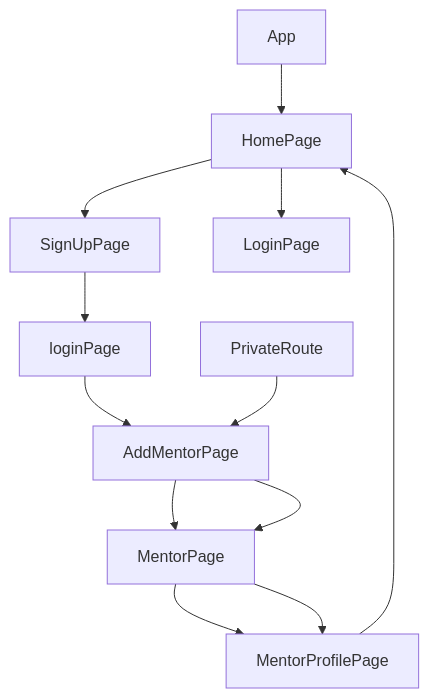
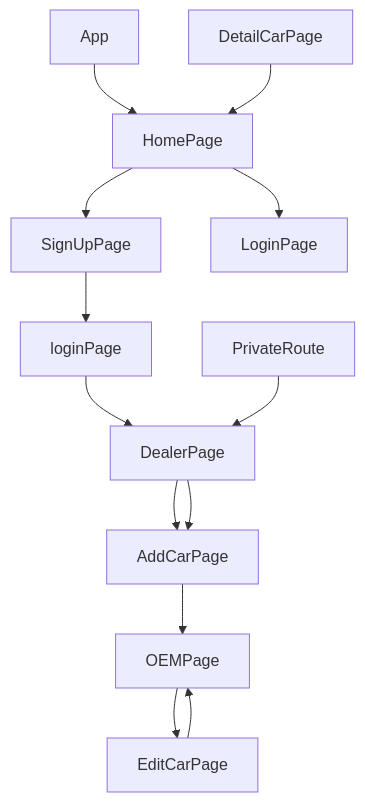
One commit to shikhu51197/UsedCarbuyAssign changed the diagram in README.md. Above: the diagram before and after it, drawn with Mermaid. The commit also changed other lines of this file, not shown here.

````diff
--- a/README.md
+++ b/README.md
@@ -126,13 +125,13 @@
 ```mermaid
 graph TD;
     App-->HomePage
     HomePage-->SignUpPage;
      HomePage-->LoginPage;
       SignUpPage-->loginPage;
-       loginPage-->AddMentorPage;
-     AddMentorPage --> MentorPage;
-       MentorPage-->MentorProfilePage;
-       MentorProfilePage-->HomePage
- PrivateRoute-->AddMentorPage-->MentorPage-->MentorProfilePage
+       loginPage-->DealerPage;
+    DealerPage--> AddCarPage;
+       EditCarPage-->OEMPage;
+       DetailCarPage-->HomePage
+ PrivateRoute-->DealerPage-->AddCarPage-->OEMPage-->EditCarPage
      
 ```
````
